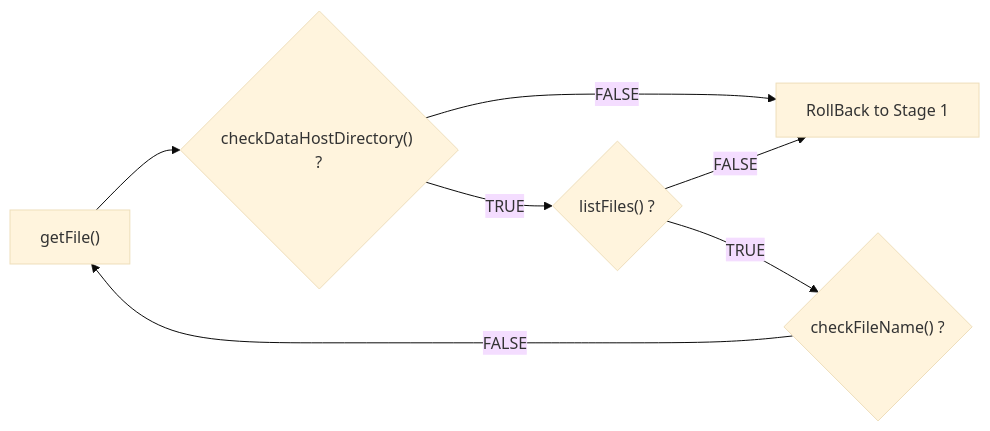
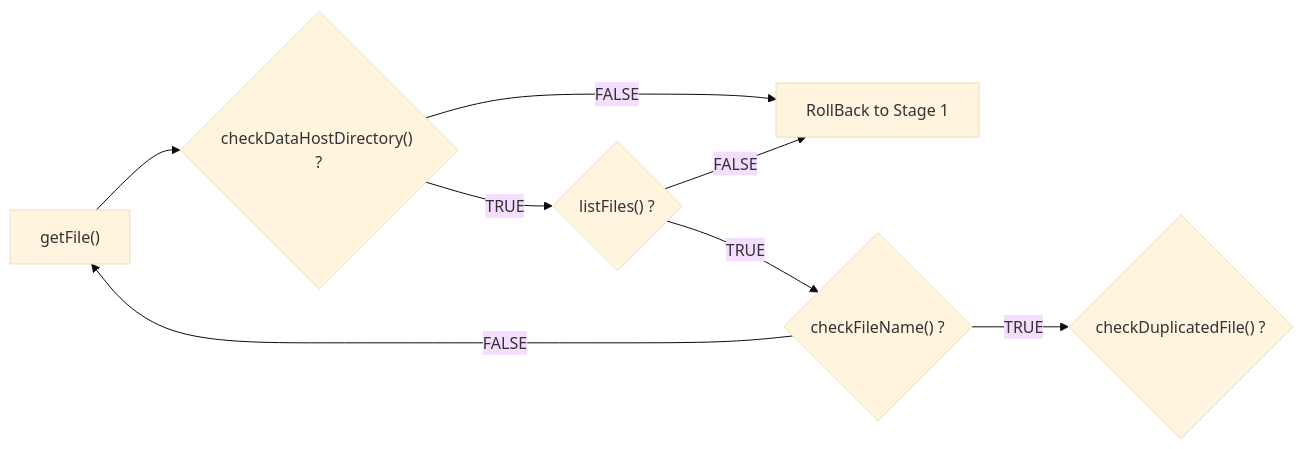
One commit to luthfiadityaa/SimeDarby-Wiki changed the seventh of 7 diagrams in Basic-Design/Host-Interfaces.md. Above: the diagram before and after it, drawn with Mermaid (base theme).

Commit message:
Updated Host Interfaces

```diff
--- a/Basic-Design/Host-Interfaces.md
+++ b/Basic-Design/Host-Interfaces.md
@@ -545,9 +545,10 @@
 ::: mermaid
 flowchart LR
  C1["getFile()"] --> Cond1{"checkDataHostDirectory() ?"}
  Cond1 --> |FALSE| C3[RollBack to Stage 1]
  Cond1 --> |TRUE| Cond2{"listFiles() ?"}  
  Cond2 --> |FALSE| C3
  Cond2 --> |TRUE| Cond3{"checkFileName() ?"} 
  Cond3 --> |FALSE| C1
+ Cond3 --> |TRUE| Cond4{"checkDuplicatedFile() ?"} 
 :::
```
